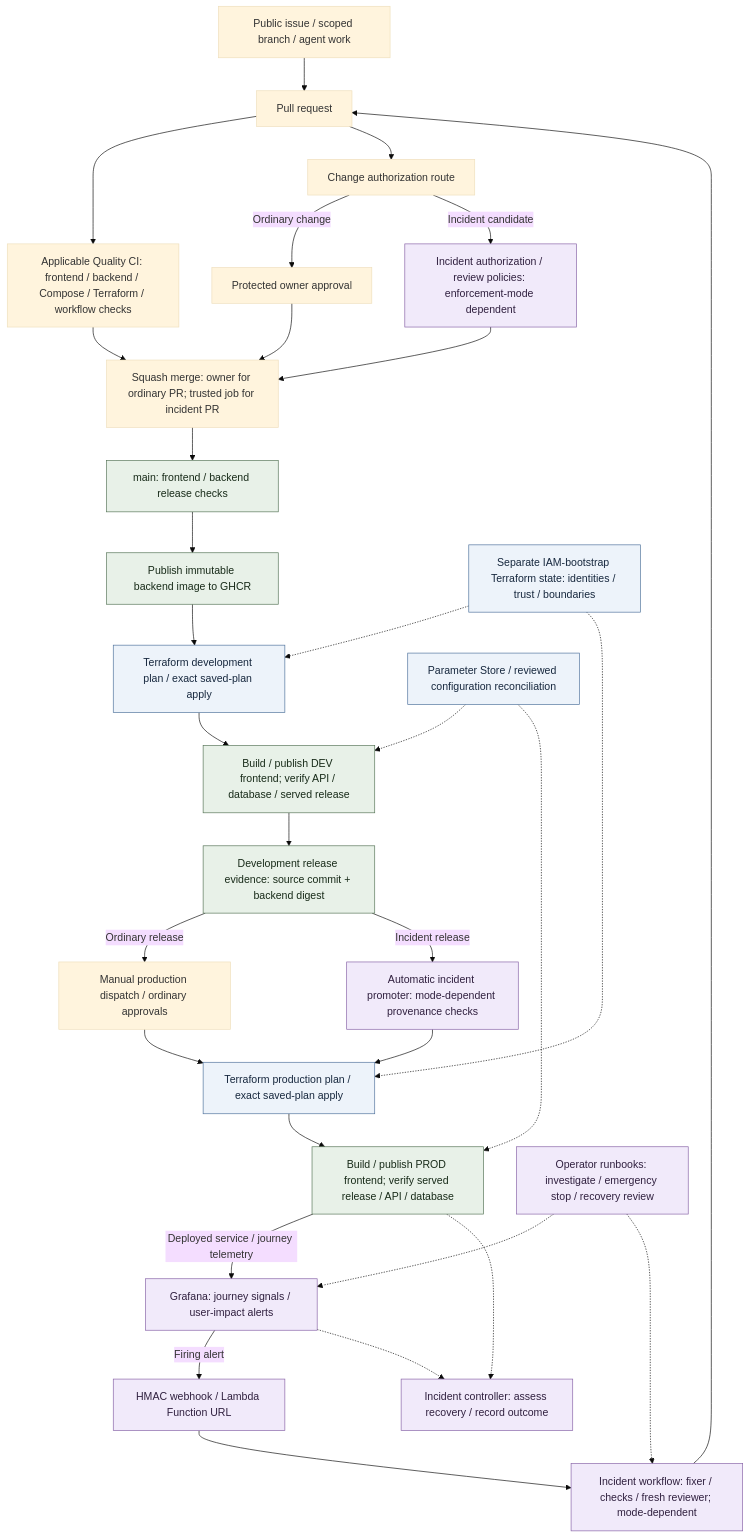
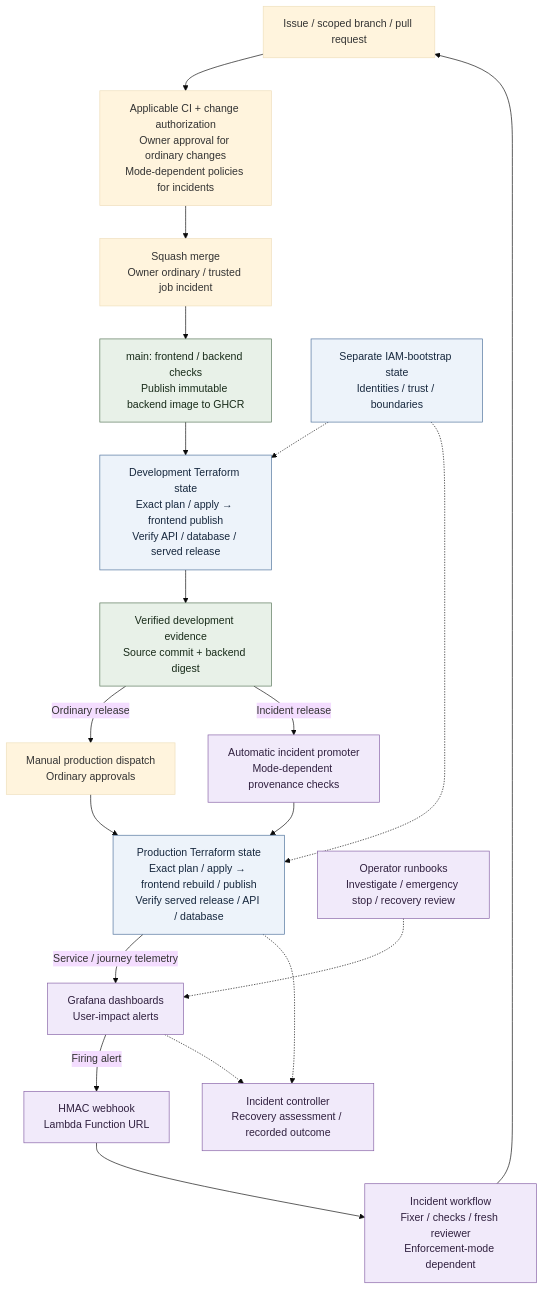
One commit to alanlima/pawlocal changed the second of 2 diagrams in README.md. Above: the diagram before and after it, drawn with Mermaid (base theme).

Commit message:
docs: simplify operations diagram for GitHub rendering

````diff
--- a/README.md
+++ b/README.md
@@ -115,42 +115,28 @@
 ```mermaid
 flowchart TD
-  ISSUE["Public issue / scoped branch / agent work"] --> PR["Pull request"]
-  PR --> CI["Applicable Quality CI: frontend / backend / Compose / Terraform / workflow checks"]
-  PR --> ROUTE["Change authorization route"]
-  ROUTE -->|"Ordinary change"| OWNER["Protected owner approval"]
-  ROUTE -->|"Incident candidate"| INCIDENTAUTH["Incident authorization / review policies: enforcement-mode dependent"]
-  CI --> MERGE["Squash merge: owner for ordinary PR; trusted job for incident PR"]
-  OWNER --> MERGE
-  INCIDENTAUTH --> MERGE
-  MERGE --> MAIN["main: frontend / backend release checks"]
-  MAIN --> IMAGE["Publish immutable backend image to GHCR"]
-  IMAGE --> DEVTF["Terraform development plan / exact saved-plan apply"]
-  DEVTF --> DEVVERIFY["Build / publish DEV frontend; verify API / database / served release"]
-  DEVVERIFY --> EVIDENCE["Development release evidence: source commit + backend digest"]
-  EVIDENCE -->|"Ordinary release"| MANUAL["Manual production dispatch / ordinary approvals"]
-  EVIDENCE -->|"Incident release"| PROMOTER["Automatic incident promoter: mode-dependent provenance checks"]
-  MANUAL --> PRODTF["Terraform production plan / exact saved-plan apply"]
-  PROMOTER --> PRODTF
-  PRODTF --> PRODVERIFY["Build / publish PROD frontend; verify served release / API / database"]
-
-  BOOT["Separate IAM-bootstrap Terraform state: identities / trust / boundaries"] -.-> DEVTF
-  BOOT -.-> PRODTF
-  CONFIG["Parameter Store / reviewed configuration reconciliation"] -.-> DEVVERIFY
-  CONFIG -.-> PRODVERIFY
-
-  PRODVERIFY -->|"Deployed service / journey telemetry"| MONITOR["Grafana: journey signals / user-impact alerts"]
-  MONITOR -->|"Firing alert"| RECEIVER["HMAC webhook / Lambda Function URL"]
-  RECEIVER --> CONTROLLER["Incident workflow: fixer / checks / fresh reviewer; mode-dependent"]
-  CONTROLLER --> PR
-  PRODVERIFY -.-> RECOVERY["Incident controller: assess recovery / record outcome"]
+  PR["Issue / scoped branch / pull request"] --> CHECK["Applicable CI + change authorization<br/>Owner approval for ordinary changes<br/>Mode-dependent policies for incidents"]
+  CHECK --> MERGE["Squash merge<br/>Owner ordinary / trusted job incident"]
+  MERGE --> BUILD["main: frontend / backend checks<br/>Publish immutable backend image to GHCR"]
+  BUILD --> DEV["Development Terraform state<br/>Exact plan / apply → frontend publish<br/>Verify API / database / served release"]
+  DEV --> RELEASE["Verified development evidence<br/>Source commit + backend digest"]
+  RELEASE -->|"Ordinary release"| MANUAL["Manual production dispatch<br/>Ordinary approvals"]
+  RELEASE -->|"Incident release"| AUTO["Automatic incident promoter<br/>Mode-dependent provenance checks"]
+  MANUAL --> PROD["Production Terraform state<br/>Exact plan / apply → frontend rebuild / publish<br/>Verify served release / API / database"]
+  AUTO --> PROD
+  BOOT["Separate IAM-bootstrap state<br/>Identities / trust / boundaries"] -.-> DEV
+  BOOT -.-> PROD
+  PROD -->|"Service / journey telemetry"| MONITOR["Grafana dashboards<br/>User-impact alerts"]
+  MONITOR -->|"Firing alert"| RECEIVER["HMAC webhook<br/>Lambda Function URL"]
+  RECEIVER --> FIX["Incident workflow<br/>Fixer / checks / fresh reviewer<br/>Enforcement-mode dependent"]
+  FIX --> PR
+  PROD -.-> RECOVERY["Incident controller<br/>Recovery assessment / recorded outcome"]
   MONITOR -.-> RECOVERY
-  OPS["Operator runbooks: investigate / emergency stop / recovery review"] -.-> MONITOR
-  OPS -.-> CONTROLLER
+  OPS["Operator runbooks<br/>Investigate / emergency stop / recovery review"] -.-> MONITOR
 
   classDef delivery fill:#e8f1e8,stroke:#557356,color:#182b19
   classDef infrastructure fill:#edf3fa,stroke:#4e719b,color:#17283e
   classDef incident fill:#f1eafa,stroke:#8661a6,color:#30203f
-  class MAIN,IMAGE,DEVVERIFY,EVIDENCE,PRODVERIFY delivery
-  class DEVTF,PRODTF,BOOT,CONFIG infrastructure
-  class INCIDENTAUTH,PROMOTER,MONITOR,RECEIVER,CONTROLLER,RECOVERY,OPS incident
+  class BUILD,RELEASE delivery
+  class DEV,PROD,BOOT infrastructure
+  class AUTO,MONITOR,RECEIVER,FIX,RECOVERY,OPS incident
 ```
````
